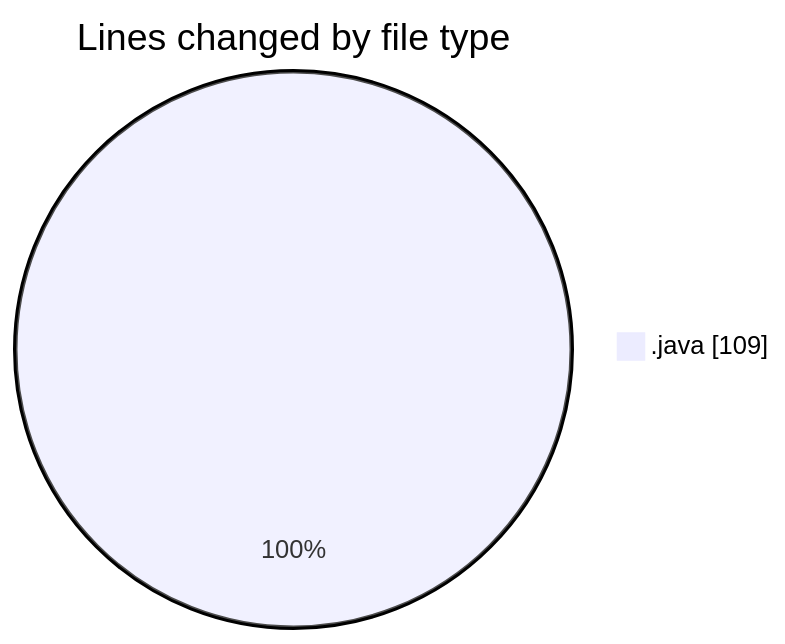
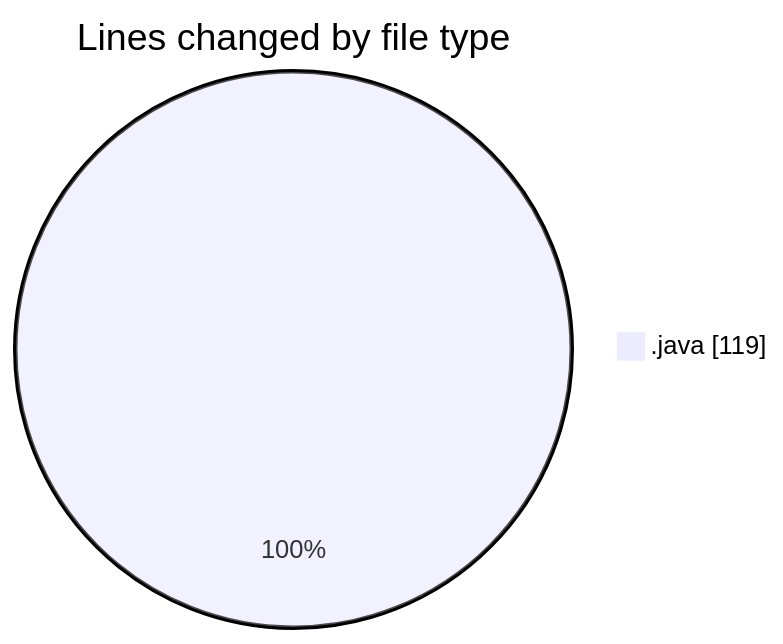
The first of 2 diagrams in 2025-03-25/startfiles/README.md (NitaiMahat/code-tracking), drawn with Mermaid before and after one commit. The commit also changed other lines of this file and 1 other file, not shown here.

````diff
--- a/2025-03-25/startfiles/README.md
+++ b/2025-03-25/startfiles/README.md
@@ -20,5 +20,5 @@
 ```mermaid
 pie showData
 title Lines changed by file type
-".java" : 109
+".java" : 119
 ```
````
